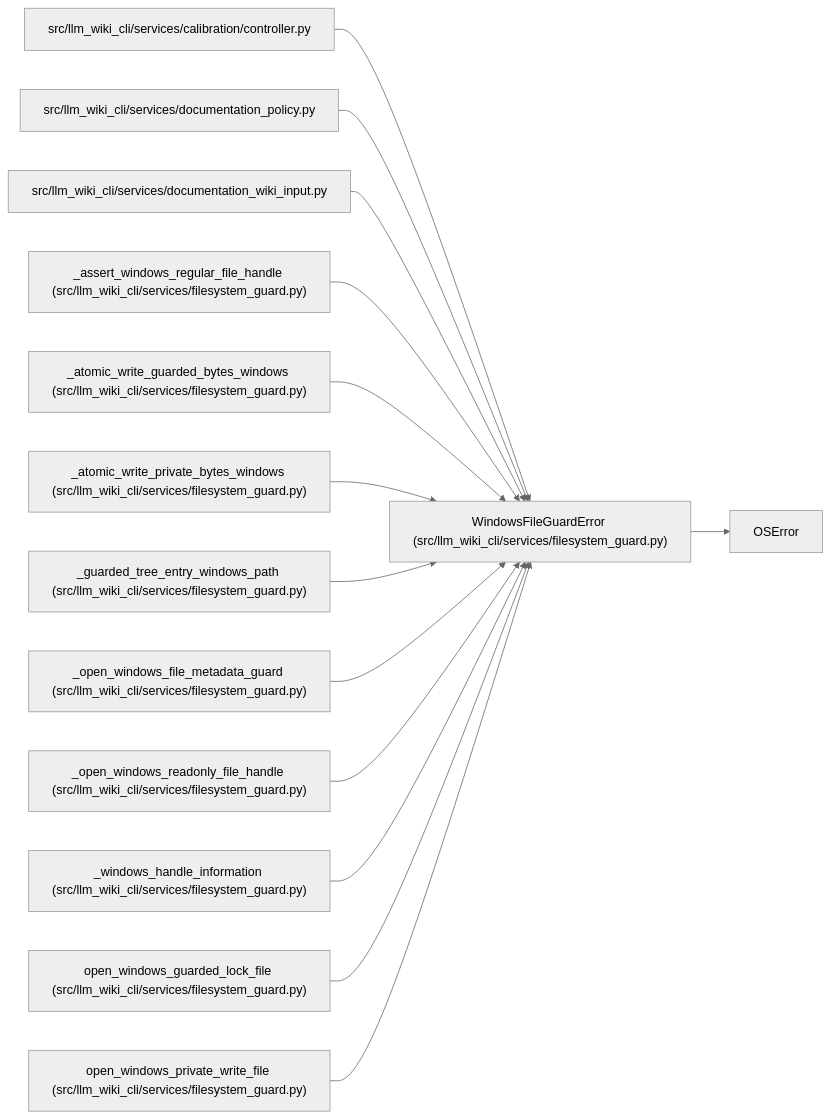
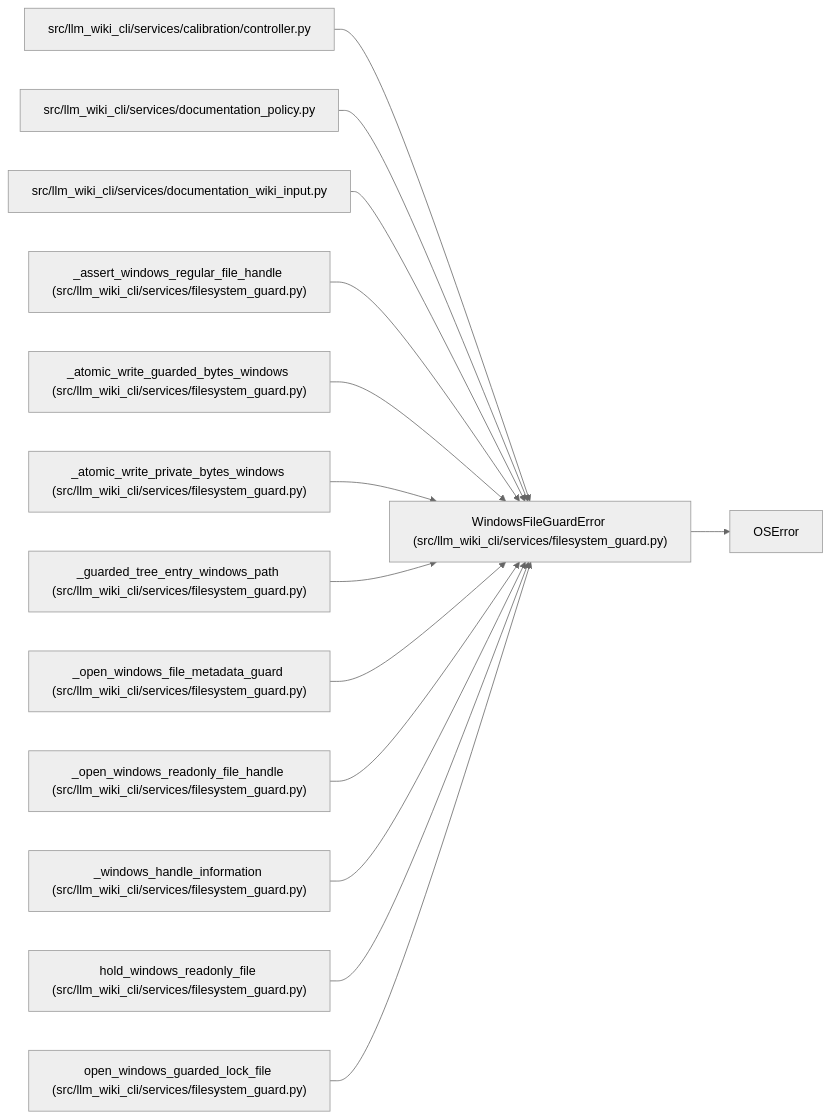
One commit to Denissvgn/python-wiki-llm changed the diagram in docs/llm_wiki/entities/WindowsFileGuardError.md. Above: the diagram before and after it, drawn with Mermaid (neutral theme). The commit also changed other lines of this file and 865 other files, not shown here.

````diff
--- a/docs/llm_wiki/entities/WindowsFileGuardError.md
+++ b/docs/llm_wiki/entities/WindowsFileGuardError.md
@@ -23,43 +23,43 @@
 ```mermaid
 flowchart LR
     n0["WindowsFileGuardError (src/llm_wiki_cli/services/filesystem_guard.py)"]
     n1["OSError"]
     n2["src/llm_wiki_cli/services/calibration/controller.py"]
     n3["src/llm_wiki_cli/services/documentation_policy.py"]
     n4["src/llm_wiki_cli/services/documentation_wiki_input.py"]
     n5["_assert_windows_regular_file_handle (src/llm_wiki_cli/services/filesystem_guard.py)"]
     n6["_atomic_write_guarded_bytes_windows (src/llm_wiki_cli/services/filesystem_guard.py)"]
     n7["_atomic_write_private_bytes_windows (src/llm_wiki_cli/services/filesystem_guard.py)"]
     n8["_guarded_tree_entry_windows_path (src/llm_wiki_cli/services/filesystem_guard.py)"]
     n9["_open_windows_file_metadata_guard (src/llm_wiki_cli/services/filesystem_guard.py)"]
     n10["_open_windows_readonly_file_handle (src/llm_wiki_cli/services/filesystem_guard.py)"]
     n11["_windows_handle_information (src/llm_wiki_cli/services/filesystem_guard.py)"]
-    n12["open_windows_guarded_lock_file (src/llm_wiki_cli/services/filesystem_guard.py)"]
-    n13["open_windows_private_write_file (src/llm_wiki_cli/services/filesystem_guard.py)"]
+    n12["hold_windows_readonly_file (src/llm_wiki_cli/services/filesystem_guard.py)"]
+    n13["open_windows_guarded_lock_file (src/llm_wiki_cli/services/filesystem_guard.py)"]
     n0 --> n1
     n2 --> n0
     n3 --> n0
     n4 --> n0
     n5 --> n0
     n6 --> n0
     n7 --> n0
     n8 --> n0
     n9 --> n0
     n10 --> n0
     n11 --> n0
     n12 --> n0
     n13 --> n0
     click n0 "../modules/filesystem_guard.md"
     click n2 "../modules/controller.md"
     click n3 "../modules/documentation_policy.md"
     click n4 "../modules/documentation_wiki_input.md"
     click n5 "../modules/filesystem_guard.md"
     click n6 "../modules/filesystem_guard.md"
     click n7 "../modules/filesystem_guard.md"
     click n8 "../modules/filesystem_guard.md"
     click n9 "../modules/filesystem_guard.md"
     click n10 "../modules/filesystem_guard.md"
     click n11 "../modules/filesystem_guard.md"
     click n12 "../modules/filesystem_guard.md"
     click n13 "../modules/filesystem_guard.md"
 ```
````
